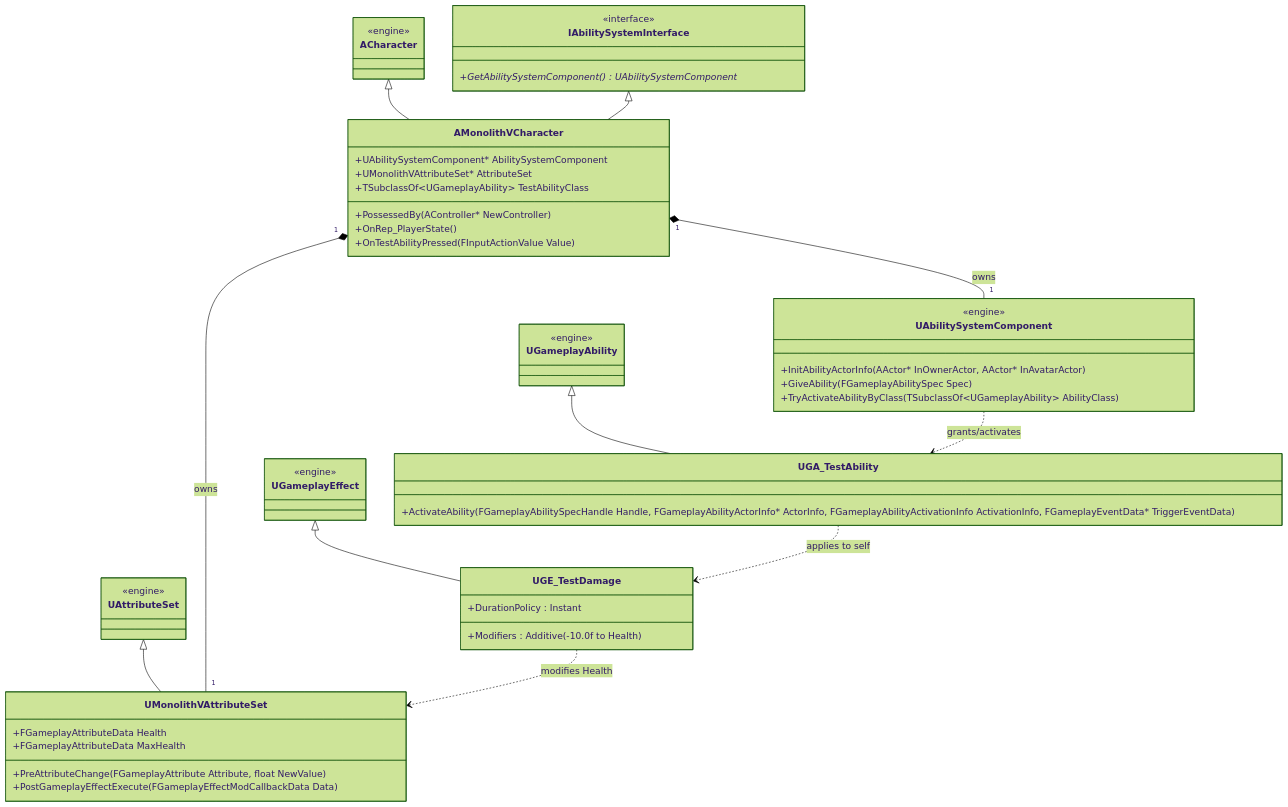
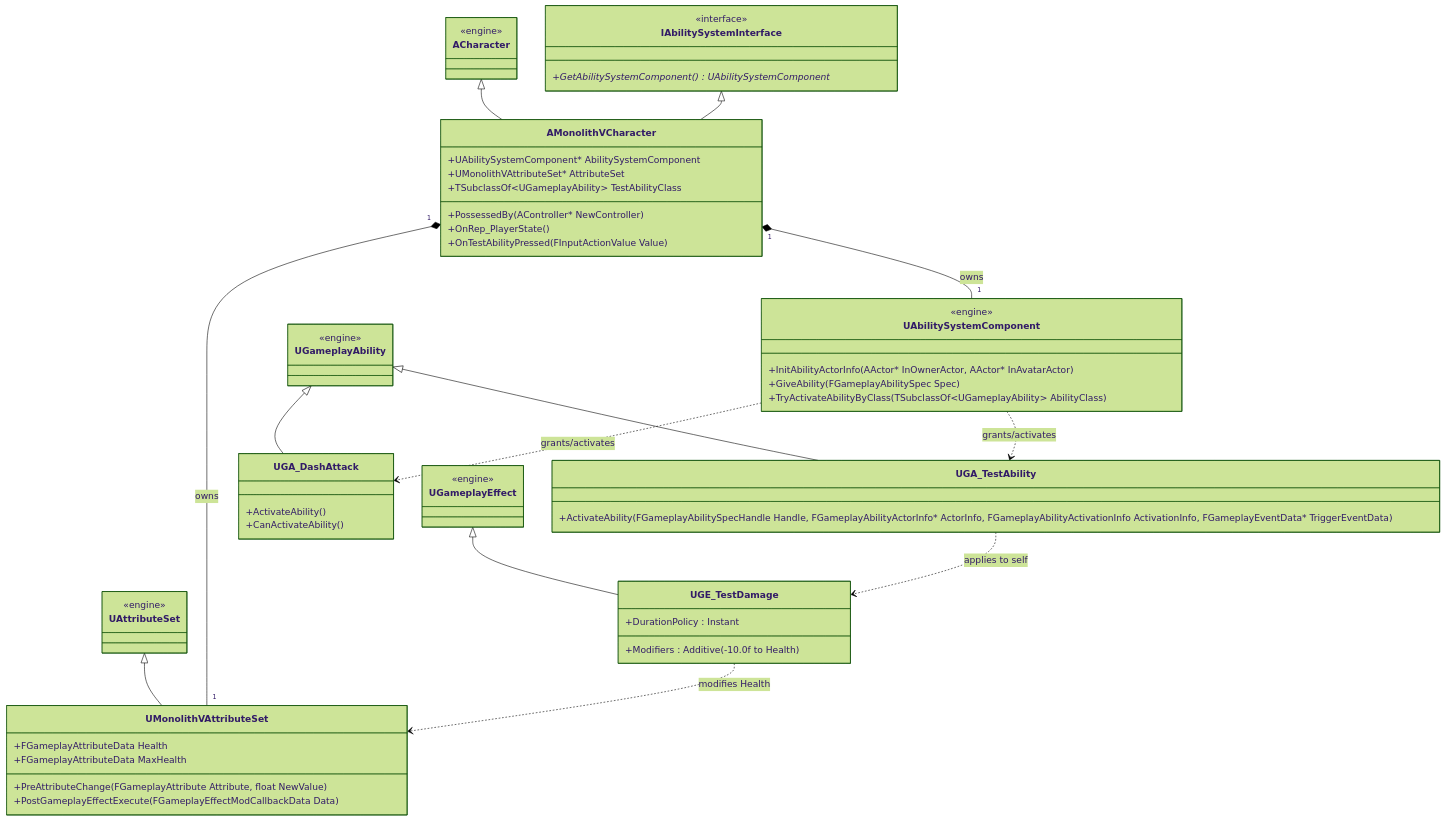
Before and after one commit to Mnn-fun/Monolith-V: the diagram in Docs/Architecture/Class_Diagram.md, drawn with Mermaid (forest theme). The commit also changed 12 other files, not shown here.

Commit message:
Implement dash-attack ability sharing the jetpack fuel resource

````diff
--- a/Docs/Architecture/Class_Diagram.md
+++ b/Docs/Architecture/Class_Diagram.md
@@ -3,67 +3,74 @@
 ```mermaid
 classDiagram
     class IAbilitySystemInterface {
         <<interface>>
         +GetAbilitySystemComponent() UAbilitySystemComponent*
     }
 
     class ACharacter {
         <<engine>>
     }
 
     class AMonolithVCharacter {
         +UAbilitySystemComponent* AbilitySystemComponent
         +UMonolithVAttributeSet* AttributeSet
         +TSubclassOf~UGameplayAbility~ TestAbilityClass
         +PossessedBy(AController* NewController)
         +OnRep_PlayerState()
         +OnTestAbilityPressed(FInputActionValue Value)
     }
 
     class UAbilitySystemComponent {
         <<engine>>
         +InitAbilityActorInfo(AActor* InOwnerActor, AActor* InAvatarActor)
         +GiveAbility(FGameplayAbilitySpec Spec)
         +TryActivateAbilityByClass(TSubclassOf~UGameplayAbility~ AbilityClass)
     }
 
     class UAttributeSet {
         <<engine>>
     }
 
     class UMonolithVAttributeSet {
         +FGameplayAttributeData Health
         +FGameplayAttributeData MaxHealth
         +PreAttributeChange(FGameplayAttribute Attribute, float NewValue)
         +PostGameplayEffectExecute(FGameplayEffectModCallbackData Data)
     }
 
     class UGameplayAbility {
         <<engine>>
     }
 
     class UGA_TestAbility {
         +ActivateAbility(FGameplayAbilitySpecHandle Handle, FGameplayAbilityActorInfo* ActorInfo, FGameplayAbilityActivationInfo ActivationInfo, FGameplayEventData* TriggerEventData)
     }
 
+    class UGA_DashAttack {
+        +ActivateAbility()
+        +CanActivateAbility()
+    }
+
     class UGameplayEffect {
         <<engine>>
     }
 
     class UGE_TestDamage {
         +DurationPolicy : Instant
         +Modifiers : Additive (-10.0f to Health)
     }
 
     ACharacter <|-- AMonolithVCharacter
     IAbilitySystemInterface <|-- AMonolithVCharacter
     UAttributeSet <|-- UMonolithVAttributeSet
     UGameplayAbility <|-- UGA_TestAbility
+    UGameplayAbility <|-- UGA_DashAttack
     UGameplayEffect <|-- UGE_TestDamage
 
     AMonolithVCharacter "1" *-- "1" UAbilitySystemComponent : owns
     AMonolithVCharacter "1" *-- "1" UMonolithVAttributeSet : owns
     UAbilitySystemComponent ..> UGA_TestAbility : grants/activates
+    UAbilitySystemComponent ..> UGA_DashAttack : grants/activates
     UGA_TestAbility ..> UGE_TestDamage : applies to self
     UGE_TestDamage ..> UMonolithVAttributeSet : modifies Health
 ```
````
